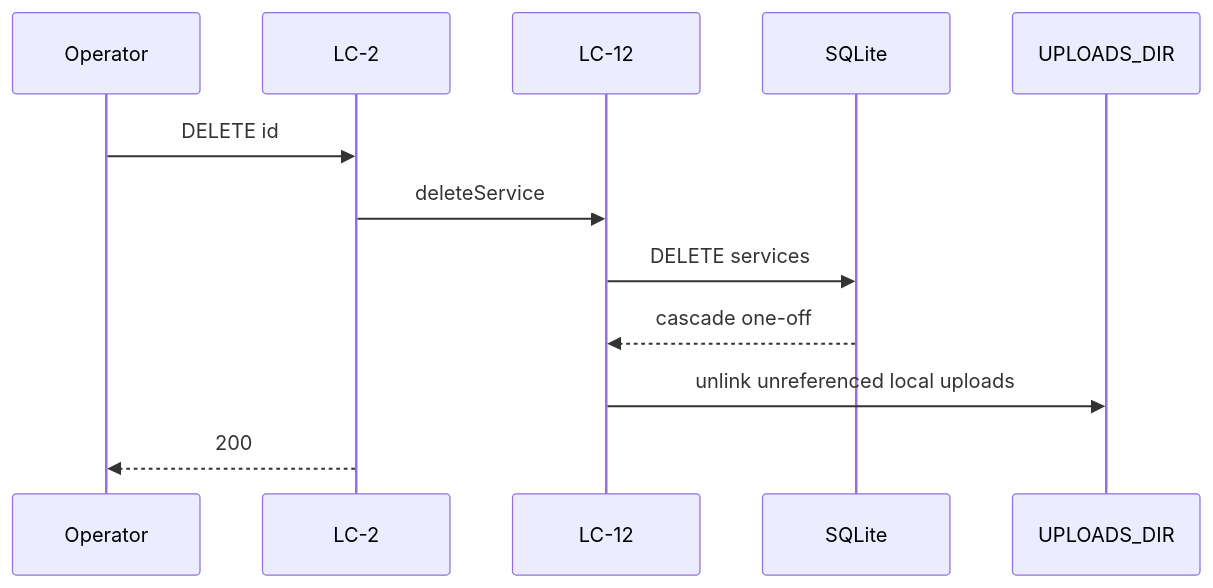
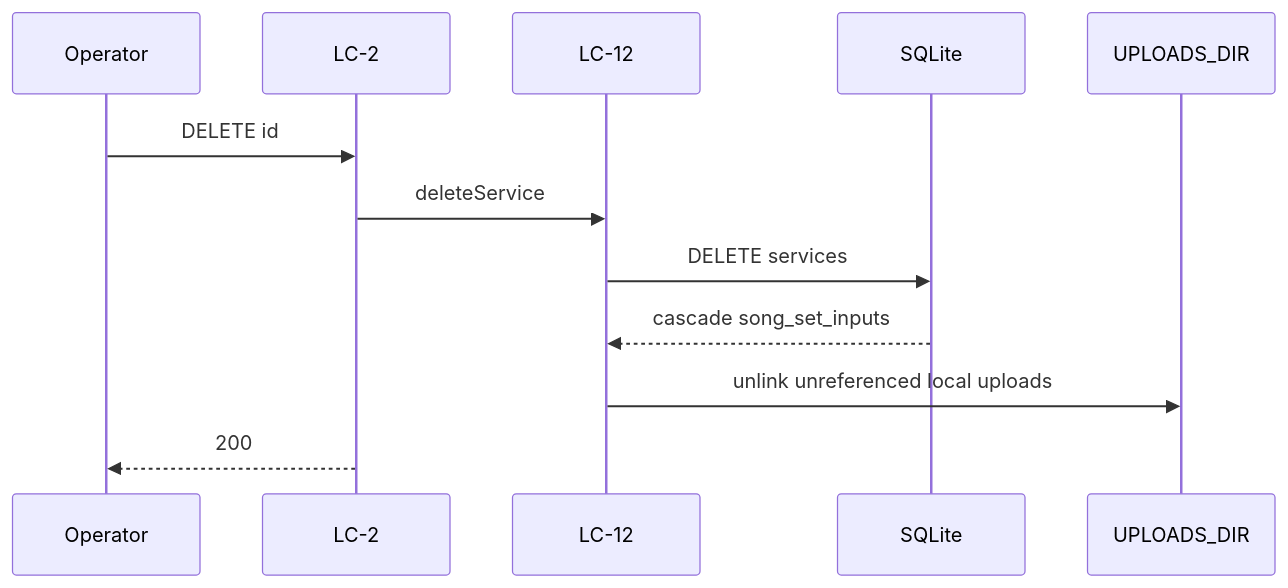
The diagram in .how/hub/06-flows/delete-service.md (wiradigitalid/worship-presenter-web), drawn with Mermaid before and after one commit. The commit also changed other lines of this file and 83 other files, not shown here.

````diff
--- a/.how/hub/06-flows/delete-service.md
+++ b/.how/hub/06-flows/delete-service.md
@@ -30,14 +40,14 @@
 ```mermaid
 sequenceDiagram
   participant O as Operator
   participant A as LC-2
   participant W as LC-12
   participant D as SQLite
   participant F as UPLOADS_DIR
   O->>A: DELETE id
   A->>W: deleteService
   W->>D: DELETE services
-  D-->>W: cascade one-off
+  D-->>W: cascade song_set_inputs
   W->>F: unlink unreferenced local uploads
   A-->>O: 200
 ```
````
